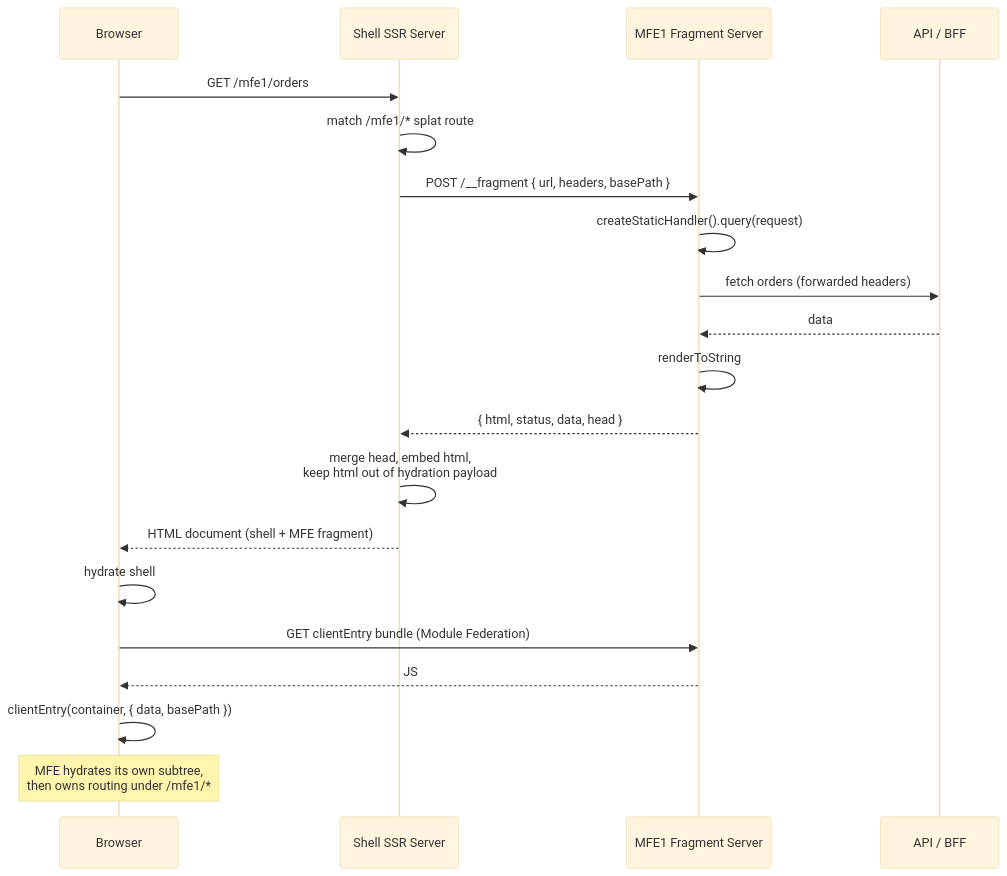
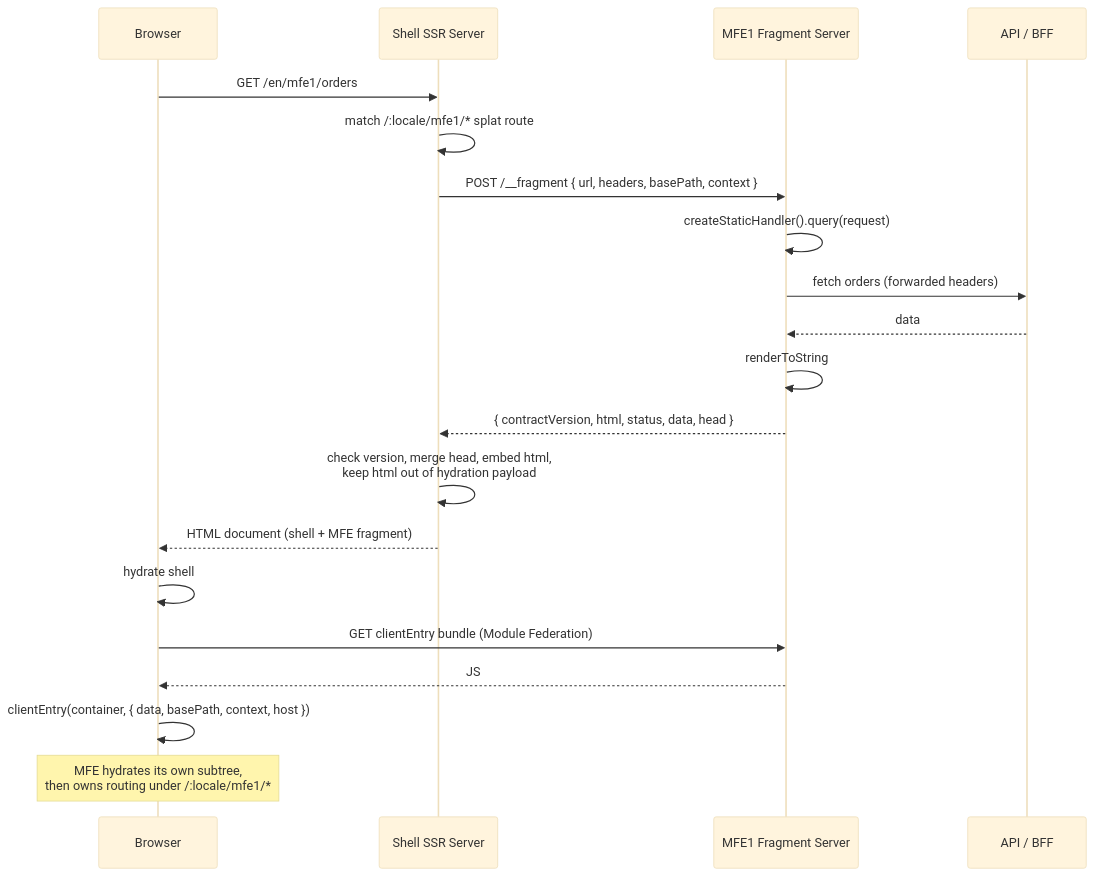
The diagram in mfe-ssr-decision-record.md (RBNBLS/ssr-microfrontends), drawn with Mermaid (base theme) before and after one commit. The commit also changed other lines of this file and 28 other files, not shown here.

````diff
--- a/mfe-ssr-decision-record.md
+++ b/mfe-ssr-decision-record.md
@@ -217,24 +255,24 @@
 ```mermaid
 sequenceDiagram
     participant B as Browser
     participant S as Shell SSR Server
     participant M as MFE1 Fragment Server
     participant A as API / BFF
 
-    B->>S: GET /mfe1/orders
-    S->>S: match /mfe1/* splat route
-    S->>M: POST /__fragment { url, headers, basePath }
+    B->>S: GET /en/mfe1/orders
+    S->>S: match /:locale/mfe1/* splat route
+    S->>M: POST /__fragment { url, headers, basePath, context }
     M->>M: createStaticHandler().query(request)
     M->>A: fetch orders (forwarded headers)
     A-->>M: data
     M->>M: renderToString
-    M-->>S: { html, status, data, head }
-    S->>S: merge head, embed html,<br/>keep html out of hydration payload
+    M-->>S: { contractVersion, html, status, data, head }
+    S->>S: check version, merge head, embed html,<br/>keep html out of hydration payload
     S-->>B: HTML document (shell + MFE fragment)
 
     B->>B: hydrate shell
     B->>M: GET clientEntry bundle (Module Federation)
     M-->>B: JS
-    B->>B: clientEntry(container, { data, basePath })
-    Note over B: MFE hydrates its own subtree,<br/>then owns routing under /mfe1/*
+    B->>B: clientEntry(container, { data, basePath, context, host })
+    Note over B: MFE hydrates its own subtree,<br/>then owns routing under /:locale/mfe1/*
 ```
````
